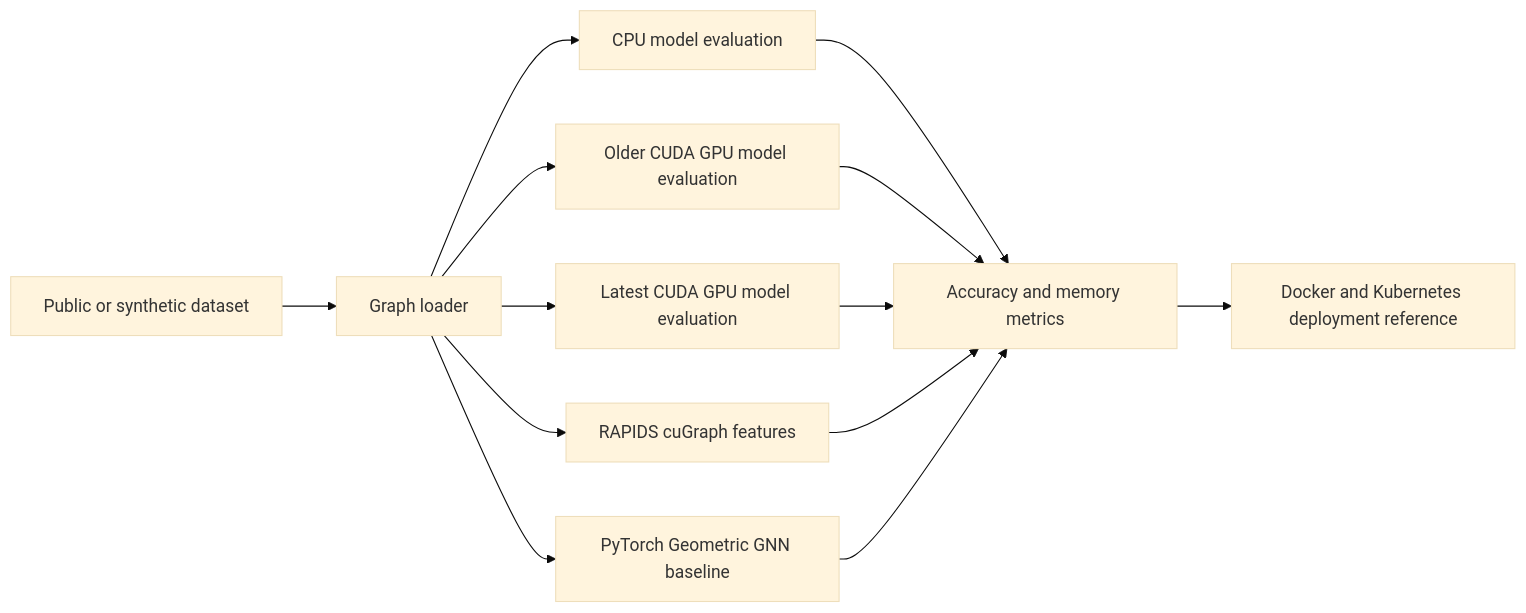
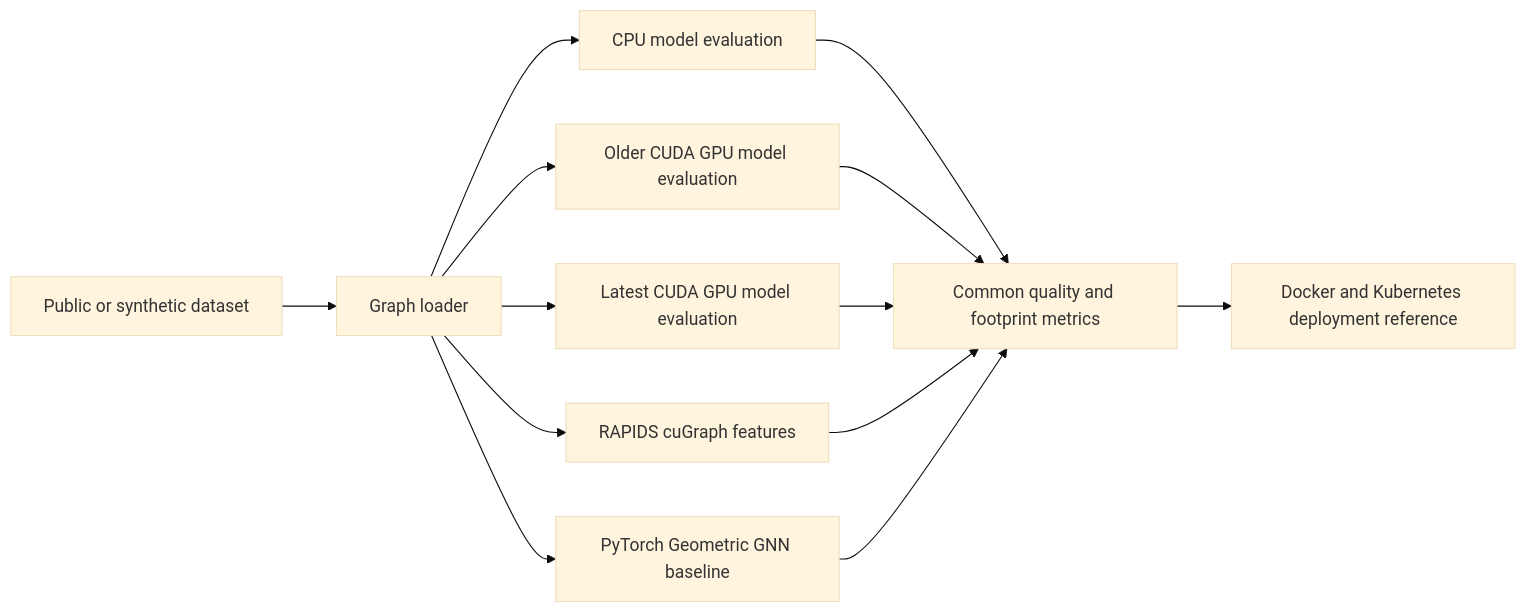
The diagram in README.md (sauravsingla/cuda13-graph-ai-fraud-detection), drawn with Mermaid (base theme) before and after one commit. The commit also changed other lines of this file, not shown here.

Commit message:
Restrict README benchmark metrics to common fields only

````diff
--- a/README.md
+++ b/README.md
@@ -204,15 +210,15 @@
 ```mermaid
 flowchart LR
     A[Public or synthetic dataset] --> B[Graph loader]
     B --> C[CPU model evaluation]
     B --> D[Older CUDA GPU model evaluation]
     B --> E[Latest CUDA GPU model evaluation]
     B --> F[RAPIDS cuGraph features]
     B --> G[PyTorch Geometric GNN baseline]
-    C --> H[Accuracy and memory metrics]
+    C --> H[Common quality and footprint metrics]
     D --> H
     E --> H
     F --> H
     G --> H
     H --> I[Docker and Kubernetes deployment reference]
 ```
````
